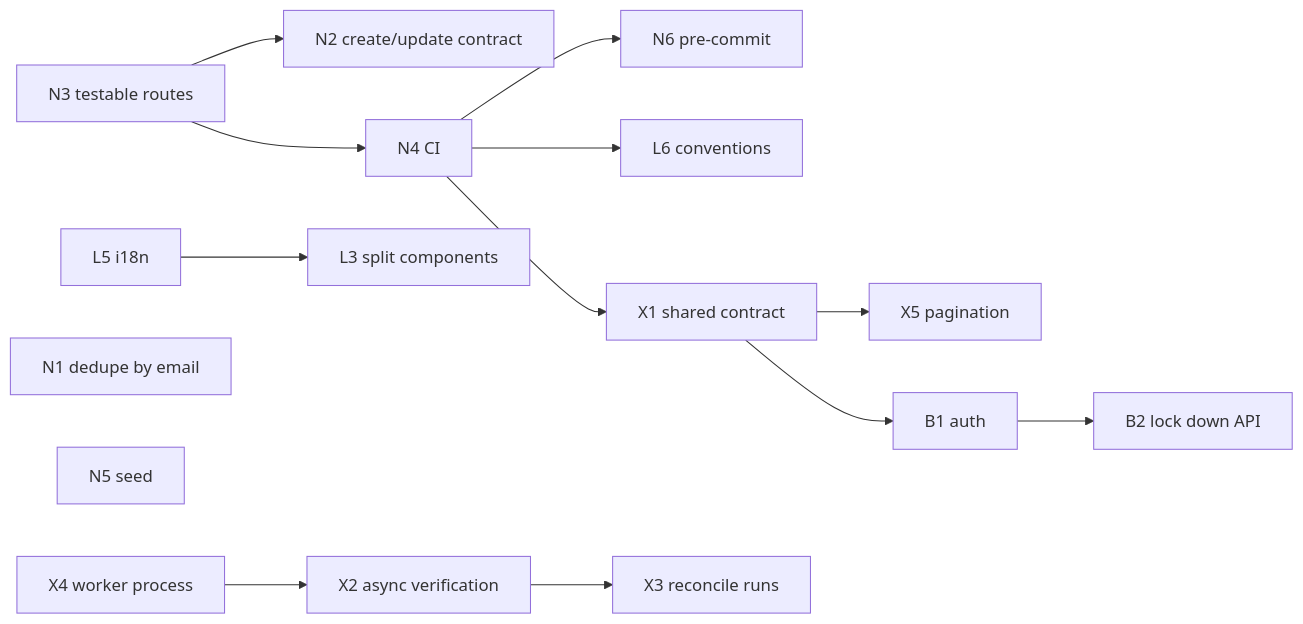
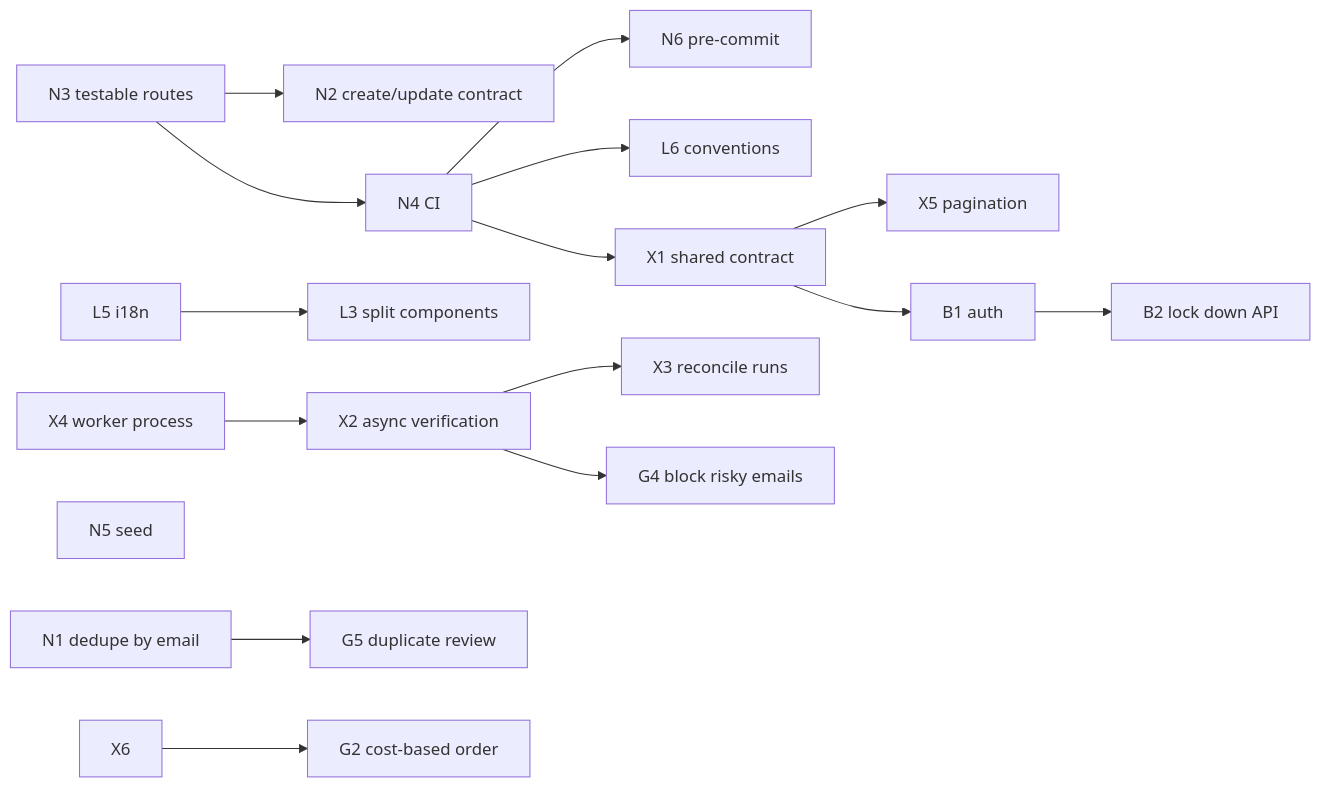
Before and after one commit to Genesy-AI/technical-task-alejandro-sanchez: the third of 3 diagrams in IMPROVEMENTS.md, drawn with Mermaid. The commit also changed other lines of this file, not shown here.

First line of the commit message:
Add the product view to the improvements roadmap

````diff
--- a/IMPROVEMENTS.md
+++ b/IMPROVEMENTS.md
@@ -142,16 +201,19 @@
 ```mermaid
 graph LR
   N3[N3 testable routes] --> N2[N2 create/update contract]
   N3 --> N4[N4 CI]
   N4 --> N6[N6 pre-commit]
   N4 --> L6[L6 conventions]
   L5[L5 i18n] --> L3[L3 split components]
   N1[N1 dedupe by email]
   N5[N5 seed]
   N4 --> X1[X1 shared contract]
   X1 --> X5[X5 pagination]
   X4[X4 worker process] --> X2[X2 async verification]
   X2 --> X3[X3 reconcile runs]
   X1 --> B1[B1 auth]
   B1 --> B2[B2 lock down API]
+  N1 --> G5[G5 duplicate review]
+  X6 --> G2[G2 cost-based order]
+  X2 --> G4[G4 block risky emails]
 ```
````
